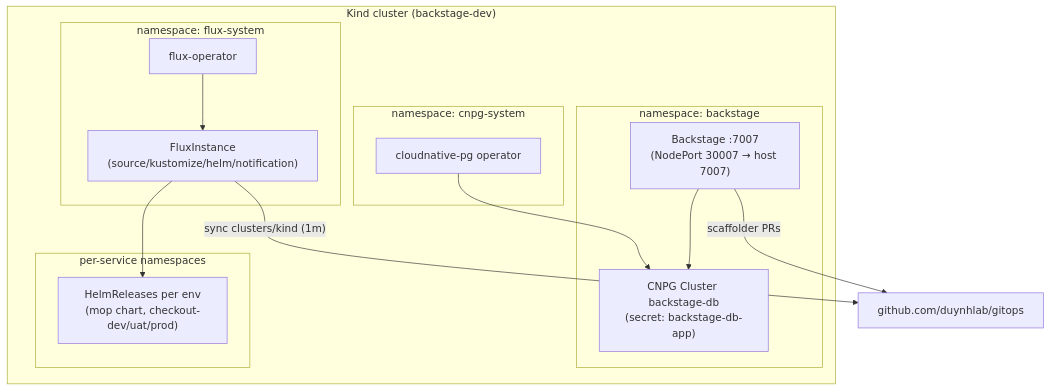
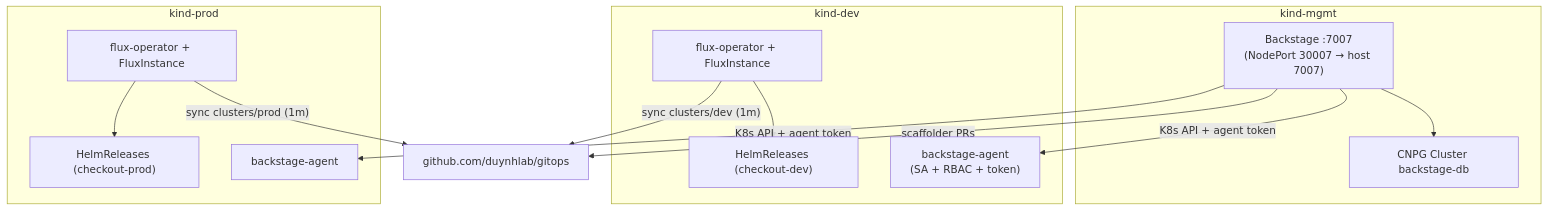
The diagram in deploy/README.md (duynhlab/backstage), drawn with Mermaid before and after one commit. The commit also changed other lines of this file and 60 other files, not shown here.

First line of the commit message:
Add four self-service scaffolder templates and platform infra

````diff
--- a/deploy/README.md
+++ b/deploy/README.md
@@ -15,24 +14,26 @@
 ```mermaid
 flowchart TD
-    subgraph kind ["Kind cluster (backstage-dev)"]
-        subgraph nsBackstage ["namespace: backstage"]
-            DB["CNPG Cluster backstage-db\n(secret: backstage-db-app)"]
-            BS["Backstage :7007\n(NodePort 30007 → host 7007)"]
-            BS --> DB
-        end
-        subgraph nsCnpg ["namespace: cnpg-system"]
-            CNPG["cloudnative-pg operator"]
-        end
-        subgraph nsFlux ["namespace: flux-system"]
-            FluxOp["flux-operator"] --> Flux["FluxInstance\n(source/kustomize/helm/notification)"]
-        end
-        subgraph apps ["per-service namespaces"]
-            HR["HelmReleases per env\n(mop chart, checkout-dev/uat/prod)"]
-        end
-        CNPG --> DB
-        Flux --> HR
+    subgraph mgmt ["kind-mgmt"]
+        BS["Backstage :7007\n(NodePort 30007 → host 7007)"]
+        DB["CNPG Cluster backstage-db"]
+        BS --> DB
     end
-    GitOps["github.com/duynhlab/gitops"]
-    Flux -->|"sync clusters/kind (1m)"| GitOps
-    BS -->|"scaffolder PRs"| GitOps
+    subgraph dev ["kind-dev"]
+        FluxD["flux-operator + FluxInstance"]
+        HRD["HelmReleases (checkout-dev)"]
+        AgD["backstage-agent\n(SA + RBAC + token)"]
+        FluxD --> HRD
+    end
+    subgraph prod ["kind-prod"]
+        FluxP["flux-operator + FluxInstance"]
+        HRP["HelmReleases (checkout-prod)"]
+        AgP["backstage-agent"]
+        FluxP --> HRP
+    end
+    Git["github.com/duynhlab/gitops"]
+    FluxD -->|"sync clusters/dev (1m)"| Git
+    FluxP -->|"sync clusters/prod (1m)"| Git
+    BS -->|"scaffolder PRs"| Git
+    BS -->|"K8s API + agent token"| AgD
+    BS -->|"K8s API + agent token"| AgP
 ```
````
